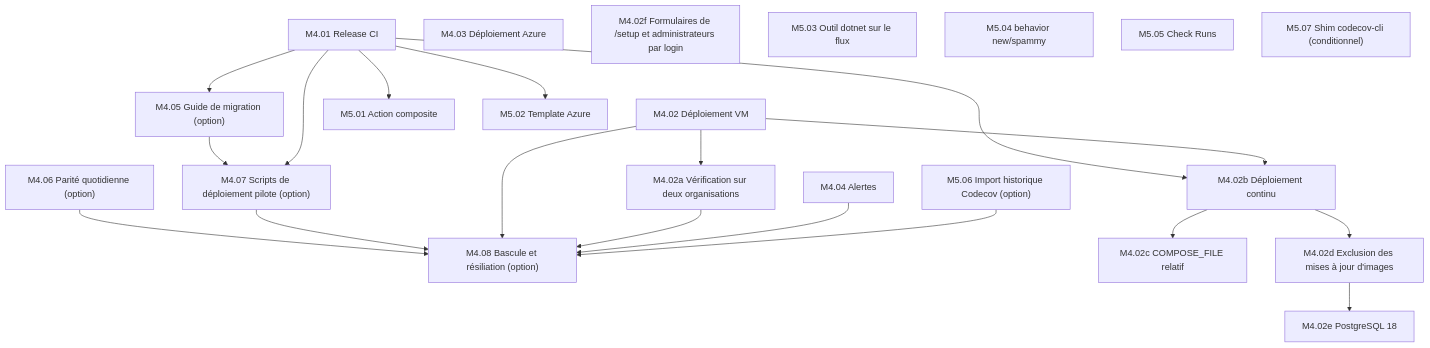
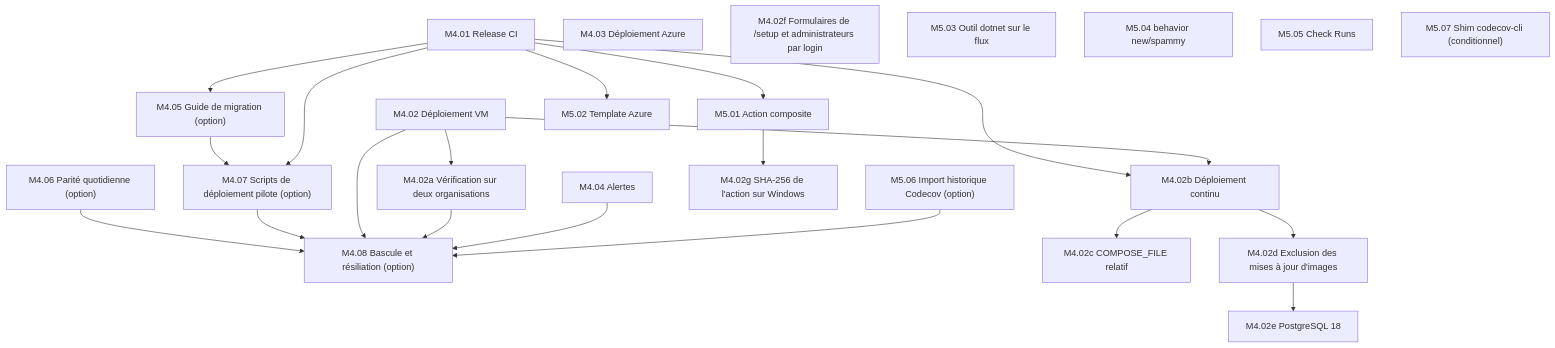
Before and after one commit to gaetanthouvenin/code-coverage: the sixth of 6 diagrams in docs/PLAN.md, drawn with Mermaid. The commit also changed other lines of this file, not shown here.

Commit message:
docs(plan): 📝 Add M4.02g, the SHA-256 of the composite action on Windows runners

````diff
--- a/docs/PLAN.md
+++ b/docs/PLAN.md
@@ -431,29 +431,30 @@
 ```mermaid
 graph TD
   M4_01["M4.01 Release CI"]
   M4_02["M4.02 Déploiement VM"]
   M4_03["M4.03 Déploiement Azure"]
   M4_04["M4.04 Alertes"]
   M4_05["M4.05 Guide de migration (option)"] --> M4_07["M4.07 Scripts de déploiement pilote (option)"]
   M4_06["M4.06 Parité quotidienne (option)"] --> M4_08["M4.08 Bascule et résiliation (option)"]
   M4_07 --> M4_08
   M4_01 --> M4_07
   M4_01 --> M4_05
   M4_02 --> M4_08
   M4_02 --> M4_02a["M4.02a Vérification sur deux organisations"]
   M4_01 --> M4_02b["M4.02b Déploiement continu"]
   M4_02 --> M4_02b
   M4_02b --> M4_02c["M4.02c COMPOSE_FILE relatif"]
   M4_02b --> M4_02d["M4.02d Exclusion des mises à jour d'images"]
   M4_02d --> M4_02e["M4.02e PostgreSQL 18"]
   M4_02f["M4.02f Formulaires de /setup et administrateurs par login"]
+  M5_01 --> M4_02g["M4.02g SHA-256 de l'action sur Windows"]
   M4_02a --> M4_08
   M4_04 --> M4_08
   M4_01 --> M5_01["M5.01 Action composite"]
   M4_01 --> M5_02["M5.02 Template Azure"]
   M5_03["M5.03 Outil dotnet sur le flux"]
   M5_04["M5.04 behavior new/spammy"]
   M5_05["M5.05 Check Runs"]
   M5_06["M5.06 Import historique Codecov (option)"] --> M4_08
   M5_07["M5.07 Shim codecov-cli (conditionnel)"]
 ```
````
